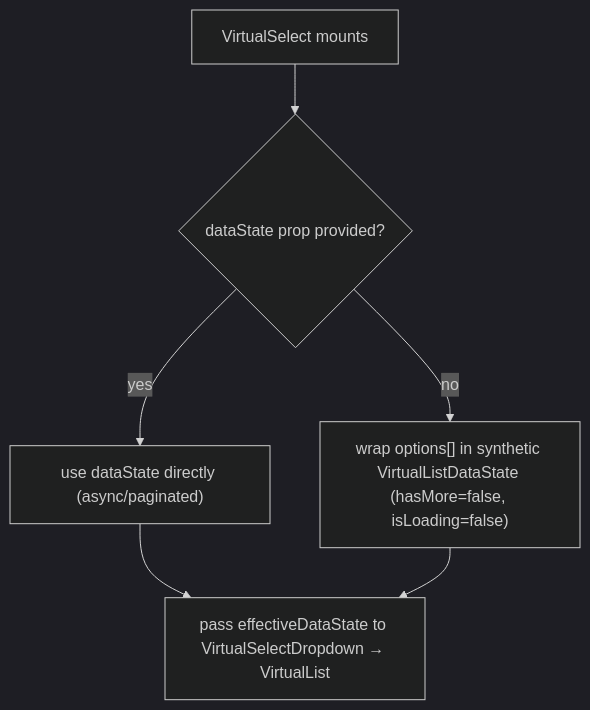
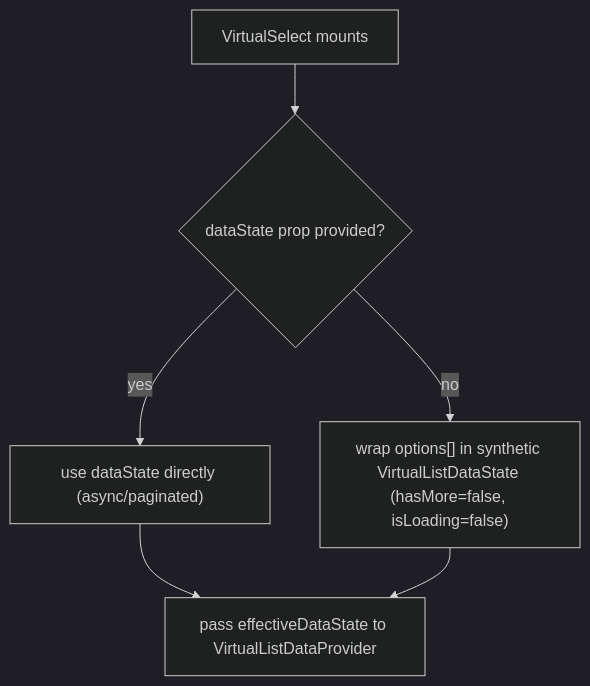
Before and after one commit to luciocabrera/lcabrera-stack: the third of 3 diagrams in packages/ui/src/components/VirtualSelect/ARCHITECTURE.md, drawn with Mermaid (dark theme). The commit also changed other lines of this file and 30 other files, not shown here.

First line of the commit message:
refactor(VirtualSelect): decouple dropdown and header from selection logic

````diff
--- a/packages/ui/src/components/VirtualSelect/ARCHITECTURE.md
+++ b/packages/ui/src/components/VirtualSelect/ARCHITECTURE.md
@@ -111,7 +113,7 @@
 ```mermaid
 graph TD
   A["VirtualSelect mounts"] --> B{"dataState prop provided?"}
   B -->|yes| C["use dataState directly (async/paginated)"]
   B -->|no| D["wrap options[] in synthetic VirtualListDataState (hasMore=false, isLoading=false)"]
-  C & D --> VL["pass effectiveDataState to VirtualSelectDropdown → VirtualList"]
+  C & D --> P["pass effectiveDataState to VirtualListDataProvider"]
 ```
````
